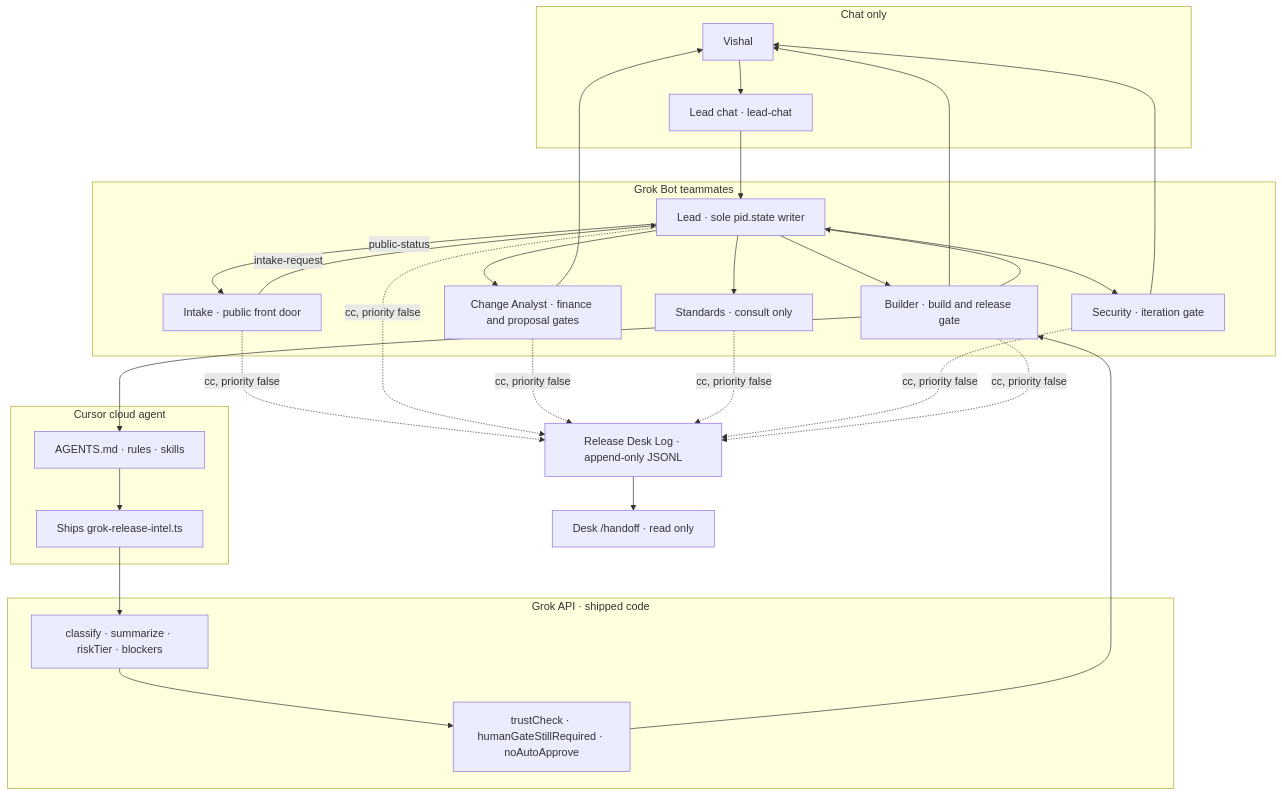
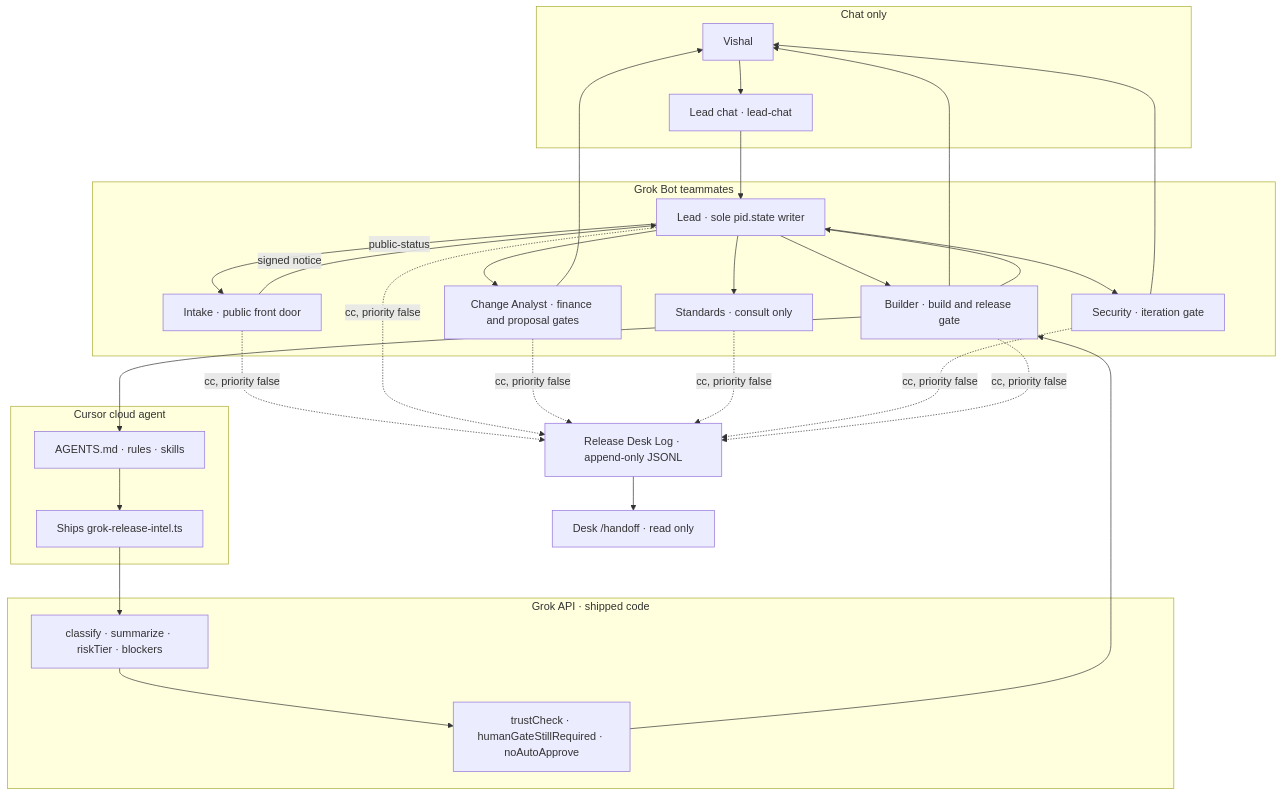
Before and after one commit to vishamathur/mvp-releasedesk: the diagram in docs/spacexai-slide-2-architecture.md, drawn with Mermaid. The commit also changed 27 other files, not shown here.

````diff
--- a/docs/spacexai-slide-2-architecture.md
+++ b/docs/spacexai-slide-2-architecture.md
@@ -17,40 +17,40 @@
 ```mermaid
 flowchart TB
   subgraph Chat["Chat only"]
     Vishal["Vishal"]
     Thread["Lead chat · lead-chat"]
   end
 
   subgraph Teammates["Grok Bot teammates"]
     Intake["Intake · public front door"]
     Lead["Lead · sole pid.state writer"]
     CA["Change Analyst · finance and proposal gates"]
     Std["Standards · consult only"]
     Sec["Security · iteration gate"]
     Bld["Builder · build and release gate"]
   end
 
   Log["Release Desk Log · append-only JSONL"]
   Desk["Desk /handoff · read only"]
 
   subgraph CursorPath["Cursor cloud agent"]
     Rules["AGENTS.md · rules · skills"]
     Ship["Ships grok-release-intel.ts"]
   end
 
   subgraph GrokAPI["Grok API · shipped code"]
     Intel["classify · summarize · riskTier · blockers"]
     Trust["trustCheck · humanGateStillRequired · noAutoApprove"]
   end
 
   Vishal --> Thread --> Lead
-  Intake -->|"intake-request"| Lead
+  Intake -->|"signed notice"| Lead
   Lead -->|"public-status"| Intake
   Lead --> CA & Std & Sec & Bld
   CA & Sec & Bld --> Vishal
   Intake & Lead & CA & Std & Sec & Bld -.->|cc, priority false| Log
   Log --> Desk
   Bld --> Rules --> Ship --> Intel --> Trust
   Trust --> Bld
   Bld --> Lead
 ```
````
